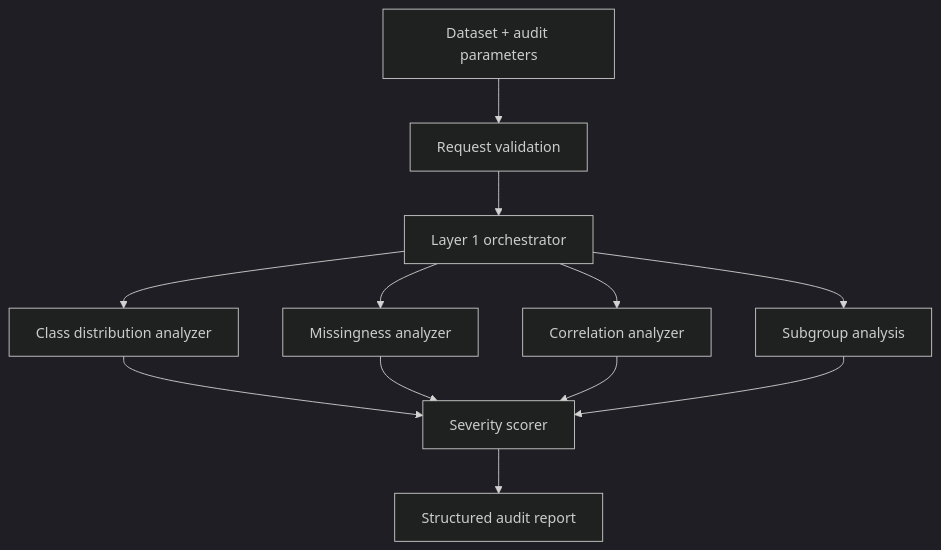
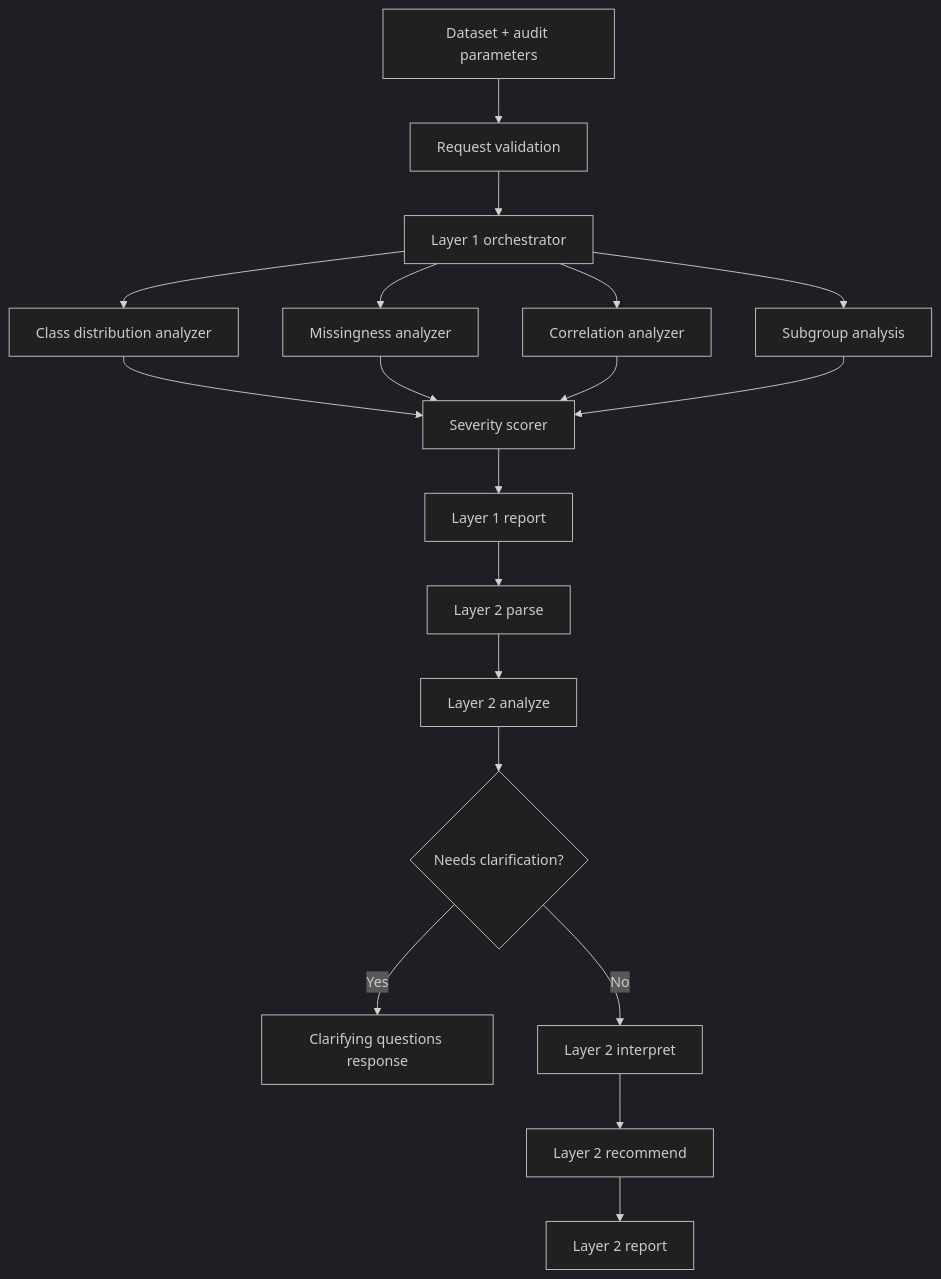
Before and after one commit to haseebraza715/AuditLens: the diagram in ARCHITECTURE.md, drawn with Mermaid (dark theme). The commit also changed other lines of this file and 2 other files, not shown here.

Commit message:
docs: document layer2 foundation and architecture updates

````diff
--- a/ARCHITECTURE.md
+++ b/ARCHITECTURE.md
@@ -35,14 +39,21 @@
 ```mermaid
 graph TD
     A["Dataset + audit parameters"] --> B["Request validation"]
     B --> C["Layer 1 orchestrator"]
     C --> D["Class distribution analyzer"]
     C --> E["Missingness analyzer"]
     C --> F["Correlation analyzer"]
     C --> G["Subgroup analysis"]
     D --> H["Severity scorer"]
     E --> H
     F --> H
     G --> H
-    H --> I["Structured audit report"]
+    H --> I["Layer 1 report"]
+    I --> J["Layer 2 parse"]
+    J --> K["Layer 2 analyze"]
+    K --> L{"Needs clarification?"}
+    L -->|Yes| M["Clarifying questions response"]
+    L -->|No| N["Layer 2 interpret"]
+    N --> O["Layer 2 recommend"]
+    O --> P["Layer 2 report"]
 ```
````
